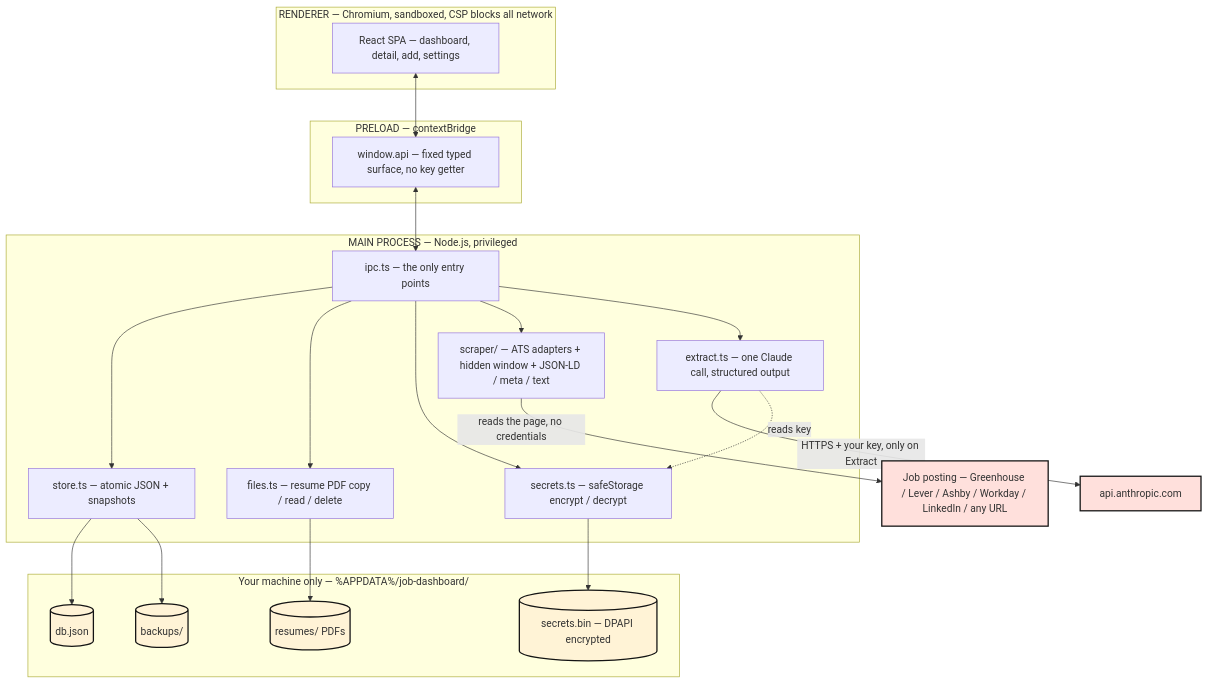
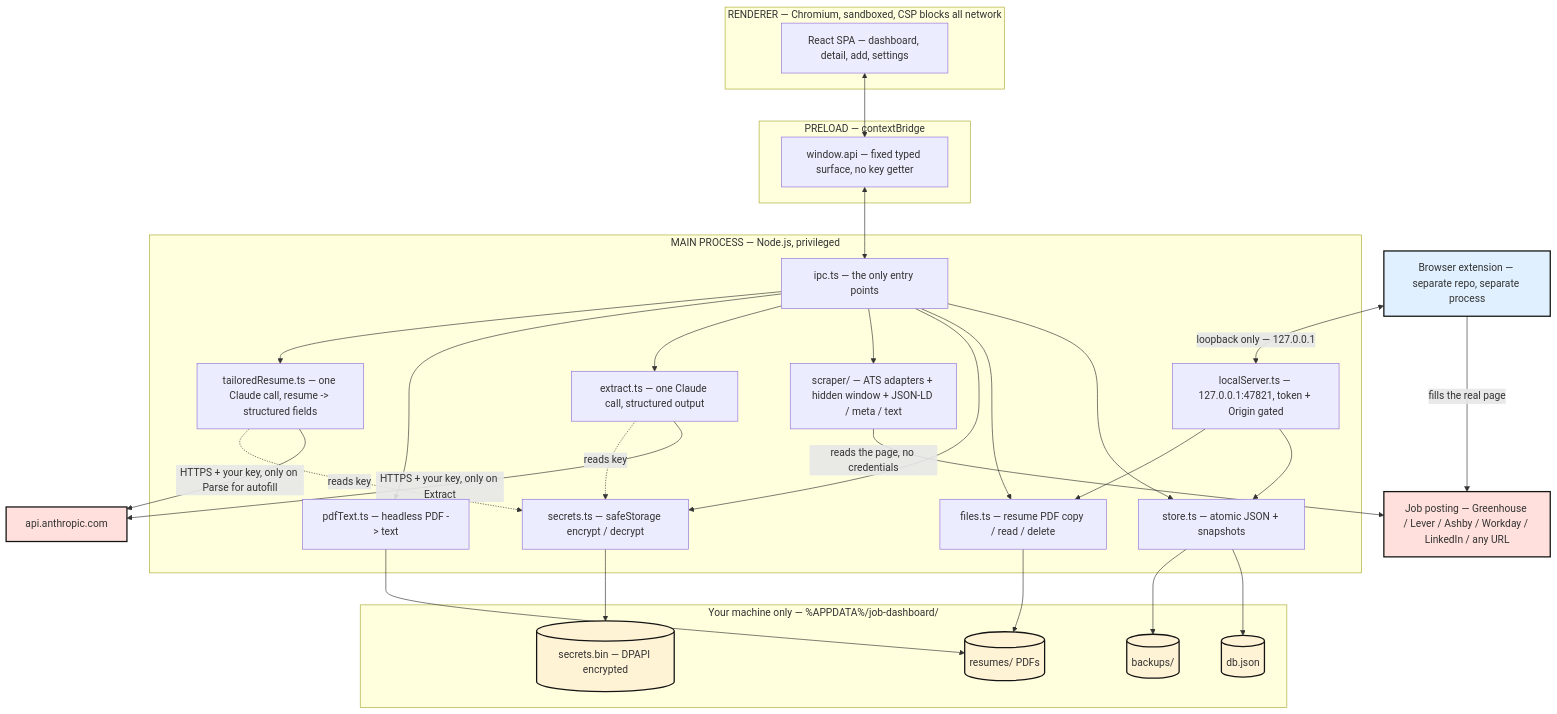
The third of 4 diagrams in README.md (deepak-s-2001/job_dashboard), drawn with Mermaid before and after one commit. The commit also changed other lines of this file and 1 other file, not shown here.

First line of the commit message:
Document the browser extension, feedback log, and city autocomplete

````diff
--- a/README.md
+++ b/README.md
@@ -358,44 +505,57 @@
 ```mermaid
 flowchart TB
     subgraph disk["Your machine only — %APPDATA%/job-dashboard/"]
         DB[("db.json")]
         RES[("resumes/ PDFs")]
         SEC[("secrets.bin — DPAPI encrypted")]
         BAK[("backups/")]
     end
 
     subgraph main["MAIN PROCESS — Node.js, privileged"]
         IPC["ipc.ts — the only entry points"]
         STORE["store.ts — atomic JSON + snapshots"]
         FILES["files.ts — resume PDF copy / read / delete"]
         SECRETS["secrets.ts — safeStorage encrypt / decrypt"]
         SCRAPER["scraper/ — ATS adapters + hidden window + JSON-LD / meta / text"]
         EXTRACT["extract.ts — one Claude call, structured output"]
+        PDFTEXT["pdfText.ts — headless PDF -> text"]
+        TAILOR["tailoredResume.ts — one Claude call, resume -> structured fields"]
+        LOCALSRV["localServer.ts — 127.0.0.1:47821, token + Origin gated"]
     end
 
     subgraph preload["PRELOAD — contextBridge"]
         API["window.api — fixed typed surface, no key getter"]
     end
 
     subgraph renderer["RENDERER — Chromium, sandboxed, CSP blocks all network"]
         UI["React SPA — dashboard, detail, add, settings"]
     end
 
     JOBSITE["Job posting — Greenhouse / Lever / Ashby / Workday / LinkedIn / any URL"]
     ANTHROPIC["api.anthropic.com"]
+    EXT["Browser extension — separate repo, separate process"]
 
     UI <--> API
     API <--> IPC
     IPC --> STORE --> DB
     IPC --> FILES --> RES
     IPC --> SECRETS --> SEC
     STORE --> BAK
     IPC --> SCRAPER -->|"reads the page, no credentials"| JOBSITE
     IPC --> EXTRACT -->|"HTTPS + your key, only on Extract"| ANTHROPIC
+    IPC --> PDFTEXT --> RES
+    IPC --> TAILOR -->|"HTTPS + your key, only on Parse for autofill"| ANTHROPIC
     EXTRACT -.->|reads key| SECRETS
+    TAILOR -.->|reads key| SECRETS
+    LOCALSRV --> STORE
+    LOCALSRV --> FILES
+    EXT <-->|"loopback only — 127.0.0.1"| LOCALSRV
+    EXT -->|"fills the real page"| JOBSITE
 
     classDef store fill:#fff3d6,stroke:#141414,stroke-width:2px;
     classDef ext fill:#ffe0dc,stroke:#141414,stroke-width:2px;
+    classDef companion fill:#e0f0ff,stroke:#141414,stroke-width:2px;
     class DB,RES,SEC,BAK store;
     class JOBSITE,ANTHROPIC ext;
+    class EXT companion;
 ```
````
